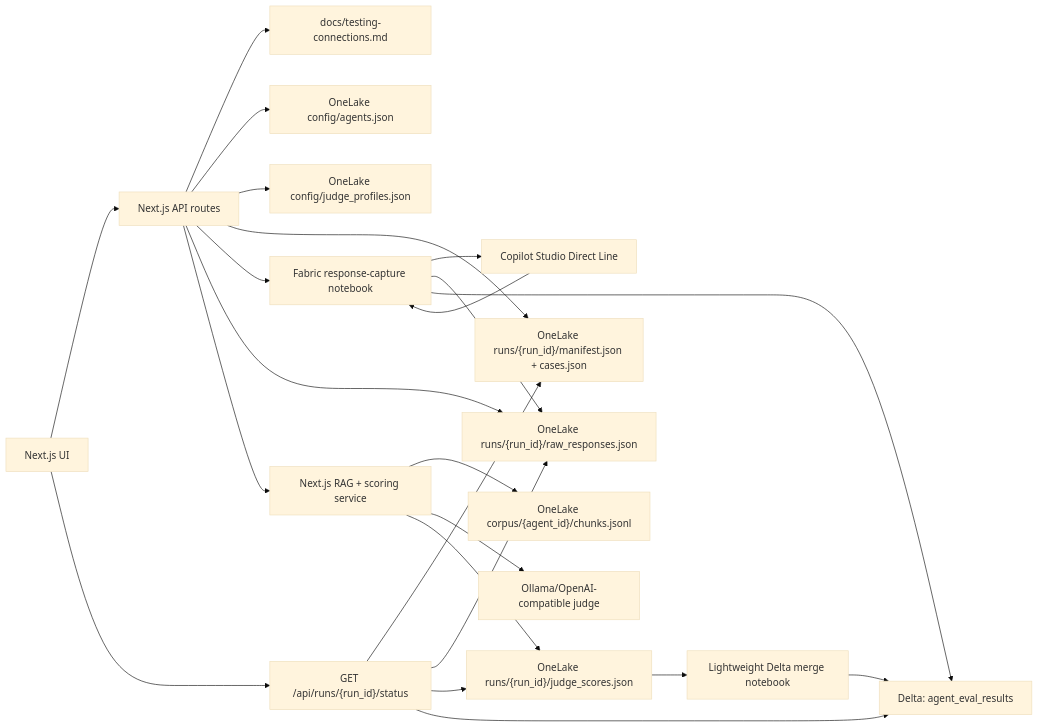
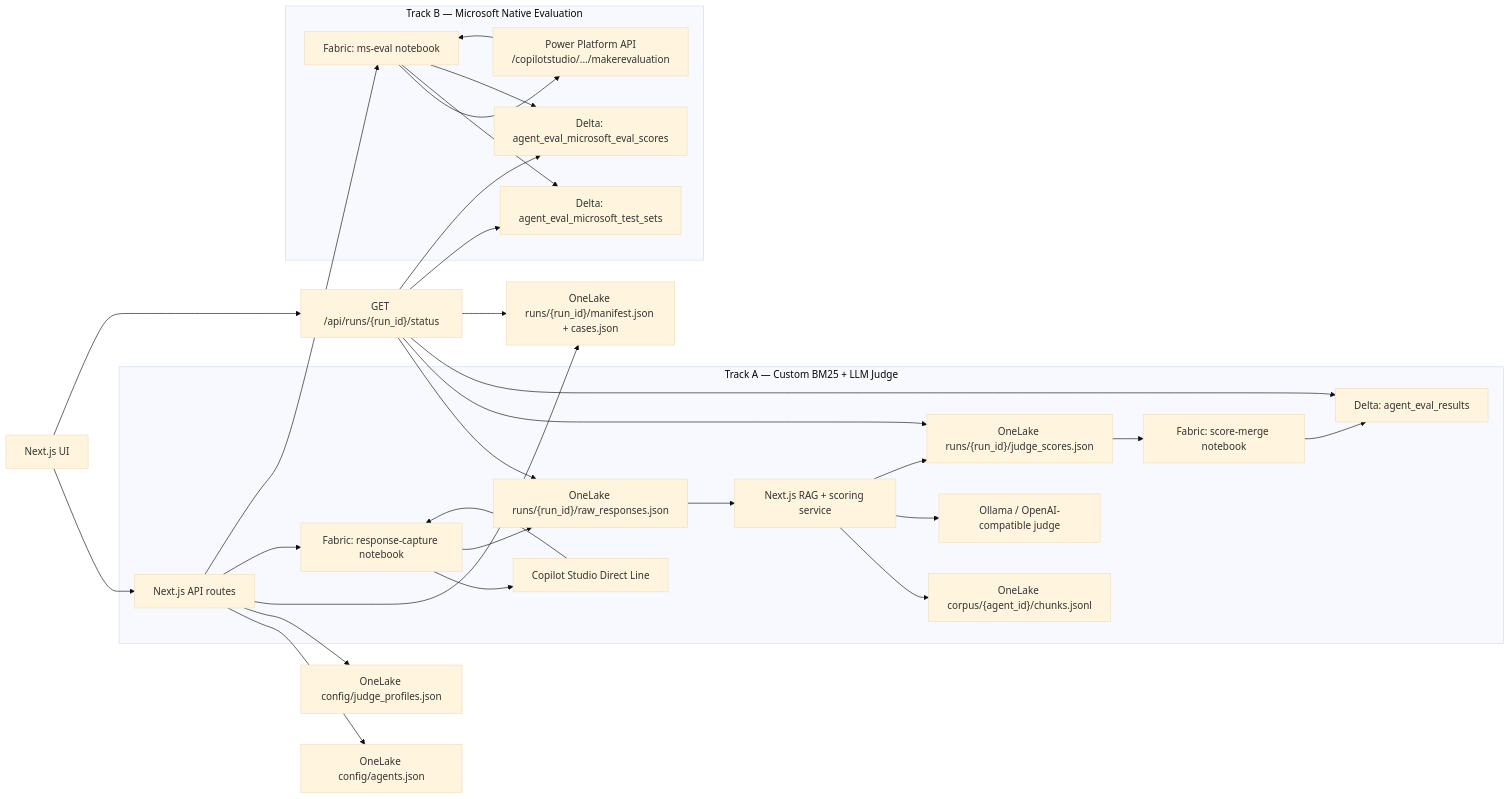
The diagram in docs/implementation-plan.md (NHP-IT/Ai_testing), drawn with Mermaid (base theme) before and after one commit. The commit also changed other lines of this file and 14 other files, not shown here.

First line of the commit message:
Stage 4: registry/config persistence layer with agent and judge CRUD APIs

````diff
--- a/docs/implementation-plan.md
+++ b/docs/implementation-plan.md
@@ -13,29 +21,36 @@
 ```mermaid
 flowchart LR
   UI["Next.js UI"] --> API["Next.js API routes"]
-  API --> DOC["docs/testing-connections.md"]
   API --> REG["OneLake config/agents.json"]
   API --> CFG["OneLake config/judge_profiles.json"]
   API --> RUN["OneLake runs/{run_id}/manifest.json + cases.json"]
-  API --> FAB1["Fabric response-capture notebook"]
 
-  FAB1 --> DL["Copilot Studio Direct Line"]
-  DL --> FAB1
-  FAB1 --> RAW["OneLake runs/{run_id}/raw_responses.json"]
-  FAB1 --> DELTA["Delta: agent_eval_results"]
+  subgraph TrackA["Track A — Custom BM25 + LLM Judge"]
+    API --> FAB1["Fabric: response-capture notebook"]
+    FAB1 --> DL["Copilot Studio Direct Line"]
+    DL --> FAB1
+    FAB1 --> RAW["OneLake runs/{run_id}/raw_responses.json"]
+    RAW --> RAG["Next.js RAG + scoring service"]
+    RAG --> CHUNKS["OneLake corpus/{agent_id}/chunks.jsonl"]
+    RAG --> JUDGE["Ollama / OpenAI-compatible judge"]
+    RAG --> SCORES["OneLake runs/{run_id}/judge_scores.json"]
+    SCORES --> FAB2["Fabric: score-merge notebook"]
+    FAB2 --> DELTA_A["Delta: agent_eval_results"]
+  end
 
-  API --> RAW
-  API --> RAG["Next.js RAG + scoring service"]
-  RAG --> CHUNKS["OneLake corpus/{agent_id}/chunks.jsonl"]
-  RAG --> JUDGE["Ollama/OpenAI-compatible judge"]
-  RAG --> SCORES["OneLake runs/{run_id}/judge_scores.json"]
-
-  SCORES --> FAB2["Lightweight Delta merge notebook"]
-  FAB2 --> DELTA
+  subgraph TrackB["Track B — Microsoft Native Evaluation"]
+    API --> FAB3["Fabric: ms-eval notebook"]
+    FAB3 --> PP["Power Platform API\n/copilotstudio/.../makerevaluation"]
+    PP --> FAB3
+    FAB3 --> DELTA_B1["Delta: agent_eval_microsoft_test_sets"]
+    FAB3 --> DELTA_B2["Delta: agent_eval_microsoft_eval_scores"]
+  end
 
   UI --> STATUS["GET /api/runs/{run_id}/status"]
   STATUS --> RUN
   STATUS --> RAW
   STATUS --> SCORES
-  STATUS --> DELTA
+  STATUS --> DELTA_A
+  STATUS --> DELTA_B1
+  STATUS --> DELTA_B2
 ```
````
